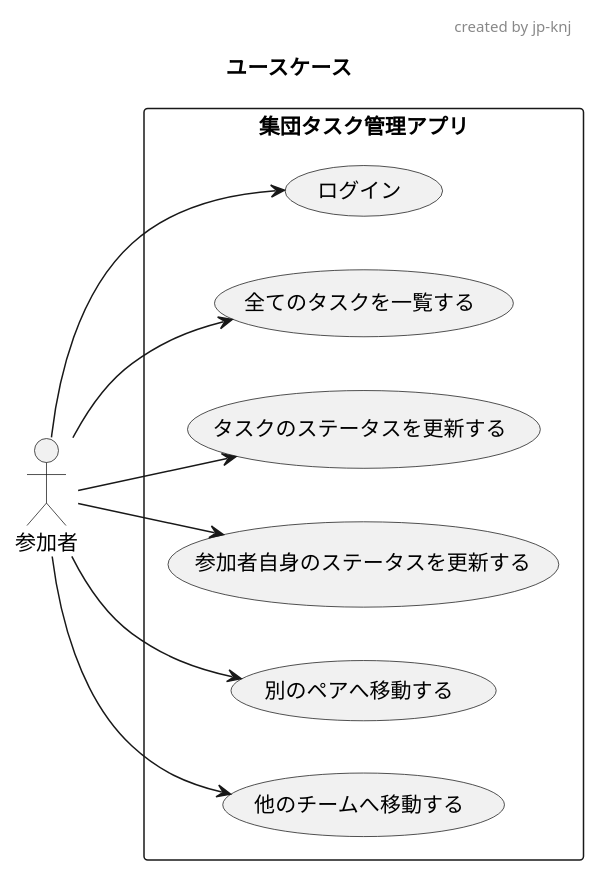
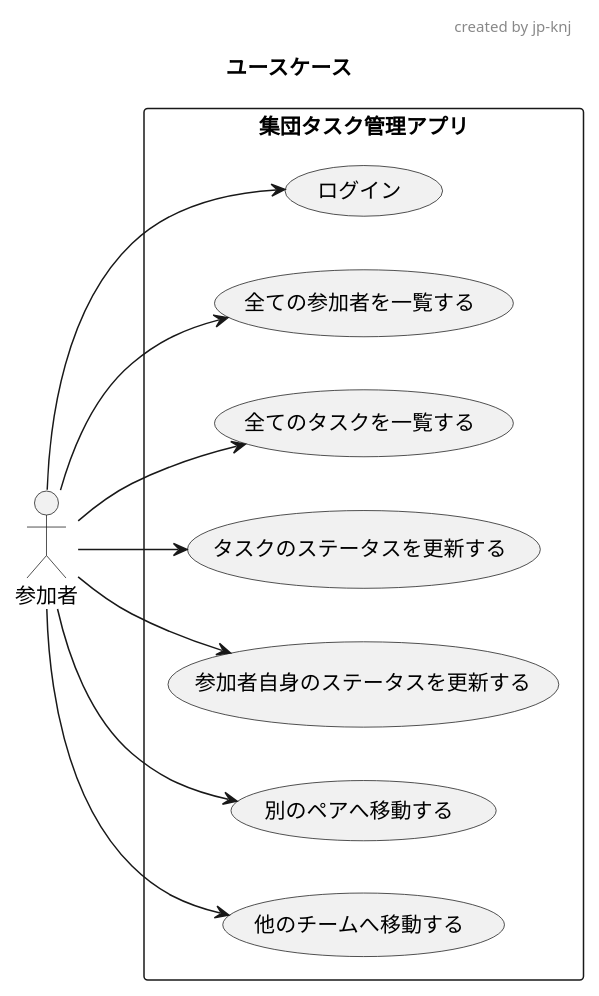
The diagram in docs/usecase.puml (knj-labo/learn_ddd), drawn with PlantUML before and after one commit. The commit also changed 4 other files, not shown here.

```diff
--- a/docs/usecase.puml
+++ b/docs/usecase.puml
@@ -1,28 +1,31 @@
 @startuml
 'https://plantuml.com/ja/use-case-diagram
 
 title ユースケース
 header created by jp-knj
 
 left to right direction
 actor "参加者" as Actor
 rectangle 集団タスク管理アプリ {
   usecase "ログイン" as AuthenticationUC1
   Actor --> AuthenticationUC1
+
+  usecase "全ての参加者を一覧する" as AllUsersUC1
+  Actor --> AllUsersUC1
 
   usecase "全てのタスクを一覧する" as TaskUC1
   Actor --> TaskUC1
 
   usecase "タスクのステータスを更新する" as TaskUC2
   Actor --> TaskUC2
 
   usecase "参加者自身のステータスを更新する" as MemberUC1
   Actor --> MemberUC1
 
   usecase "別のペアへ移動する" as PairUC1
   Actor --> PairUC1
 
   usecase "他のチームへ移動する" as TeamUC1
   Actor --> TeamUC1
 }
 @enduml
```
